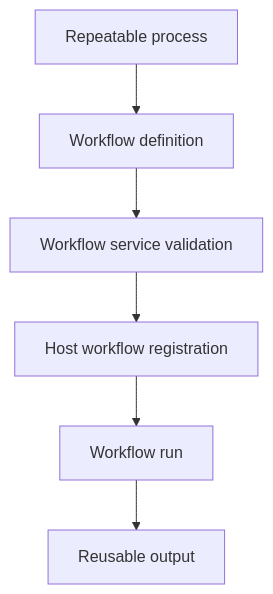
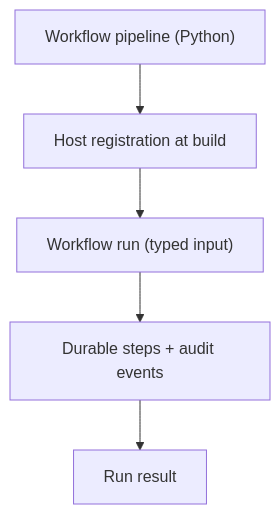
One commit to imsid/crew changed the fourth of 4 diagrams in docs/product.md. Above: the diagram before and after it, drawn with Mermaid. The commit also changed other lines of this file and 57 other files, not shown here.

````diff
--- a/docs/product.md
+++ b/docs/product.md
@@ -215,8 +213,7 @@
 ```mermaid
 flowchart TD
-    Q["Repeatable process"] --> D["Workflow definition"]
-    D --> V["Workflow service validation"]
-    V --> R["Host workflow registration"]
-    R --> X["Workflow run"]
-    X --> F["Reusable output"]
+    D["Workflow pipeline (Python)"] --> R["Host registration at build"]
+    R --> X["Workflow run (typed input)"]
+    X --> S["Durable steps + audit events"]
+    S --> F["Run result"]
 ```
````
